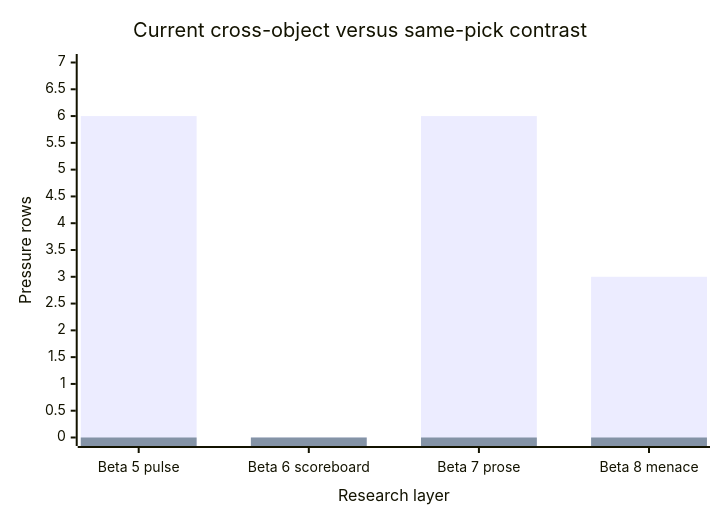
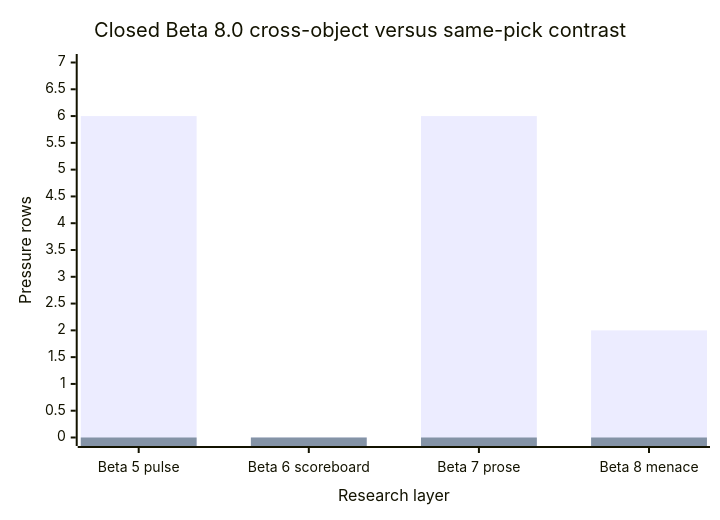
One commit to tryskian/scorey changed the first of 3 diagrams in docs/research/README.md. Above: the diagram before and after it, drawn with Mermaid. The commit also changed other lines of this file and 11 other files, not shown here.

````diff
--- a/docs/research/README.md
+++ b/docs/research/README.md
@@ -49,8 +49,8 @@
 ```mermaid
 xychart-beta
-  title "Current cross-object versus same-pick contrast"
+  title "Closed Beta 8.0 cross-object versus same-pick contrast"
   x-axis "Research layer" ["Beta 5 pulse", "Beta 6 scoreboard", "Beta 7 prose", "Beta 8 menace"]
   y-axis "Pressure rows" 0 --> 7
-  bar "Cross-object pressure" [6, 0, 6, 3]
+  bar "Cross-object pressure" [6, 0, 6, 2]
   bar "Same-pick pressure" [0, 0, 0, 0]
 ```
````
